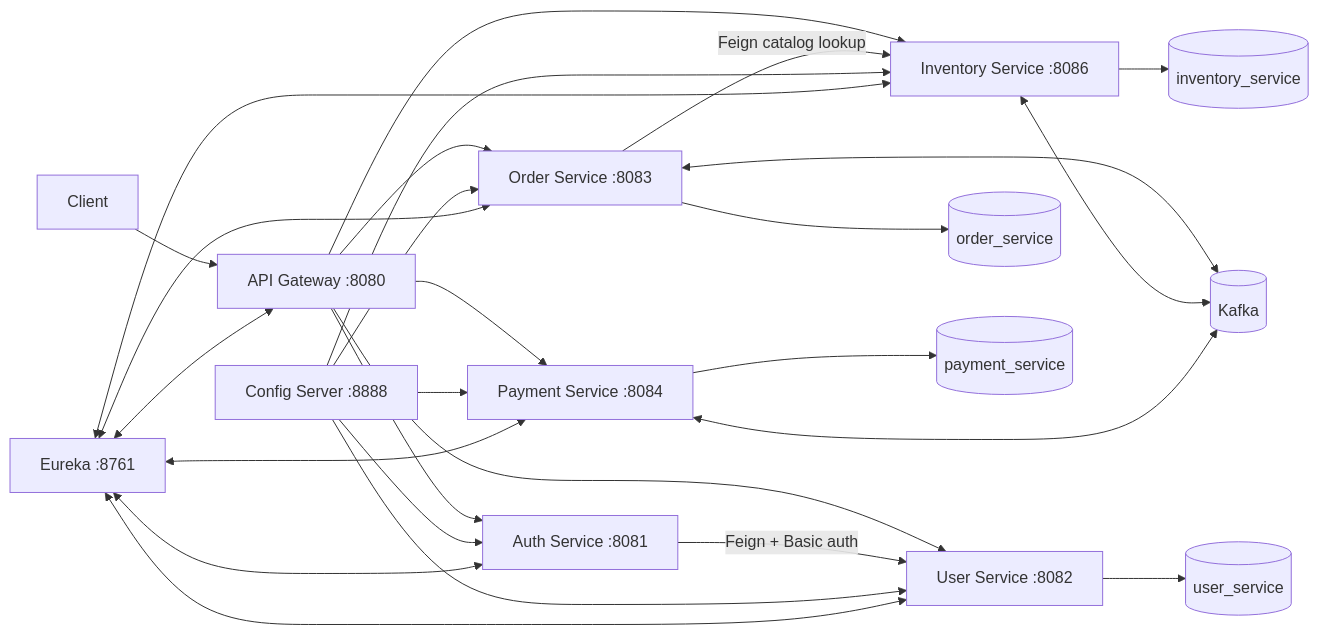
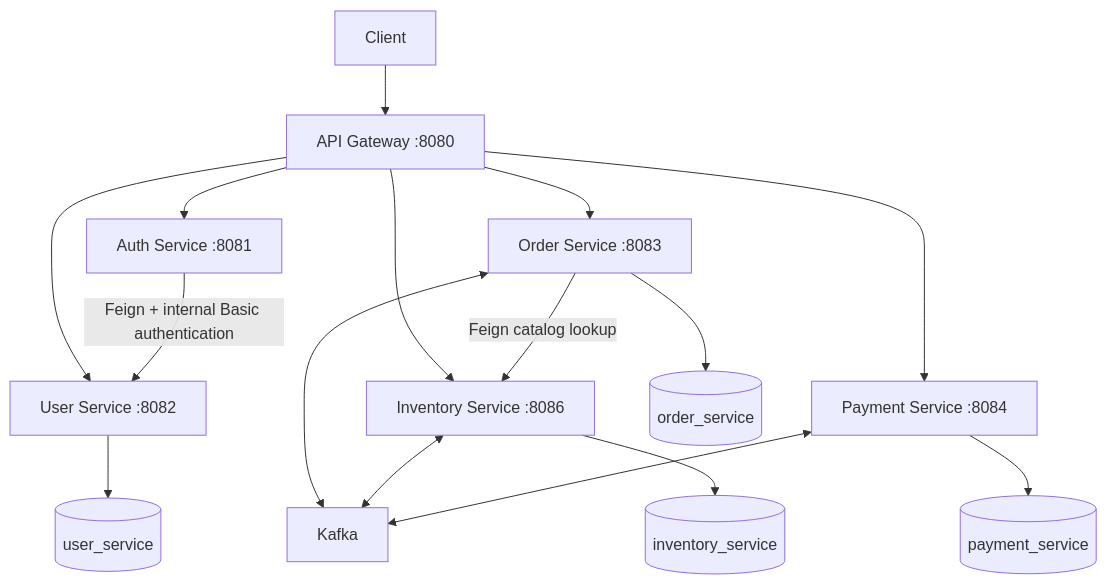
The second of 16 diagrams in docs/architecture/SYSTEM-DESIGN.md (taukhir/shopverse), drawn with Mermaid before and after one commit. The commit also changed other lines of this file and 15 other files, not shown here.

````diff
--- a/docs/architecture/SYSTEM-DESIGN.md
+++ b/docs/architecture/SYSTEM-DESIGN.md
@@ -7,33 +26,29 @@
 ```mermaid
-flowchart LR
-    C[Client] --> G[API Gateway :8080]
-    G --> A[Auth Service :8081]
-    G --> U[User Service :8082]
-    G --> O[Order Service :8083]
-    G --> P[Payment Service :8084]
-    G --> I[Inventory Service :8086]
+flowchart TB
+    Client["Client"]
+    Gateway["API Gateway :8080"]
+    Auth["Auth Service :8081"]
+    User["User Service :8082"]
+    Order["Order Service :8083"]
+    Payment["Payment Service :8084"]
+    Inventory["Inventory Service :8086"]
 
-    A -->|Feign + Basic auth| U
-    O -->|Feign catalog lookup| I
+    Client --> Gateway
+    Gateway --> Auth
+    Gateway --> User
+    Gateway --> Order
+    Gateway --> Payment
+    Gateway --> Inventory
 
-    O <--> K[(Kafka)]
-    I <--> K
-    P <--> K
+    Auth -->|"Feign + internal Basic authentication"| User
+    Order -->|"Feign catalog lookup"| Inventory
 
-    U --> UDB[(user_service)]
-    O --> ODB[(order_service)]
-    I --> IDB[(inventory_service)]
-    P --> PDB[(payment_service)]
+    Order <--> Kafka["Kafka"]
+    Inventory <--> Kafka
+    Payment <--> Kafka
 
-    CS[Config Server :8888] --> A
-    CS --> U
-    CS --> O
-    CS --> P
-    CS --> I
-    E[Eureka :8761] <--> G
-    E <--> A
-    E <--> U
-    E <--> O
-    E <--> P
-    E <--> I
+    User --> UserDB[("user_service")]
+    Order --> OrderDB[("order_service")]
+    Inventory --> InventoryDB[("inventory_service")]
+    Payment --> PaymentDB[("payment_service")]
 ```
````
